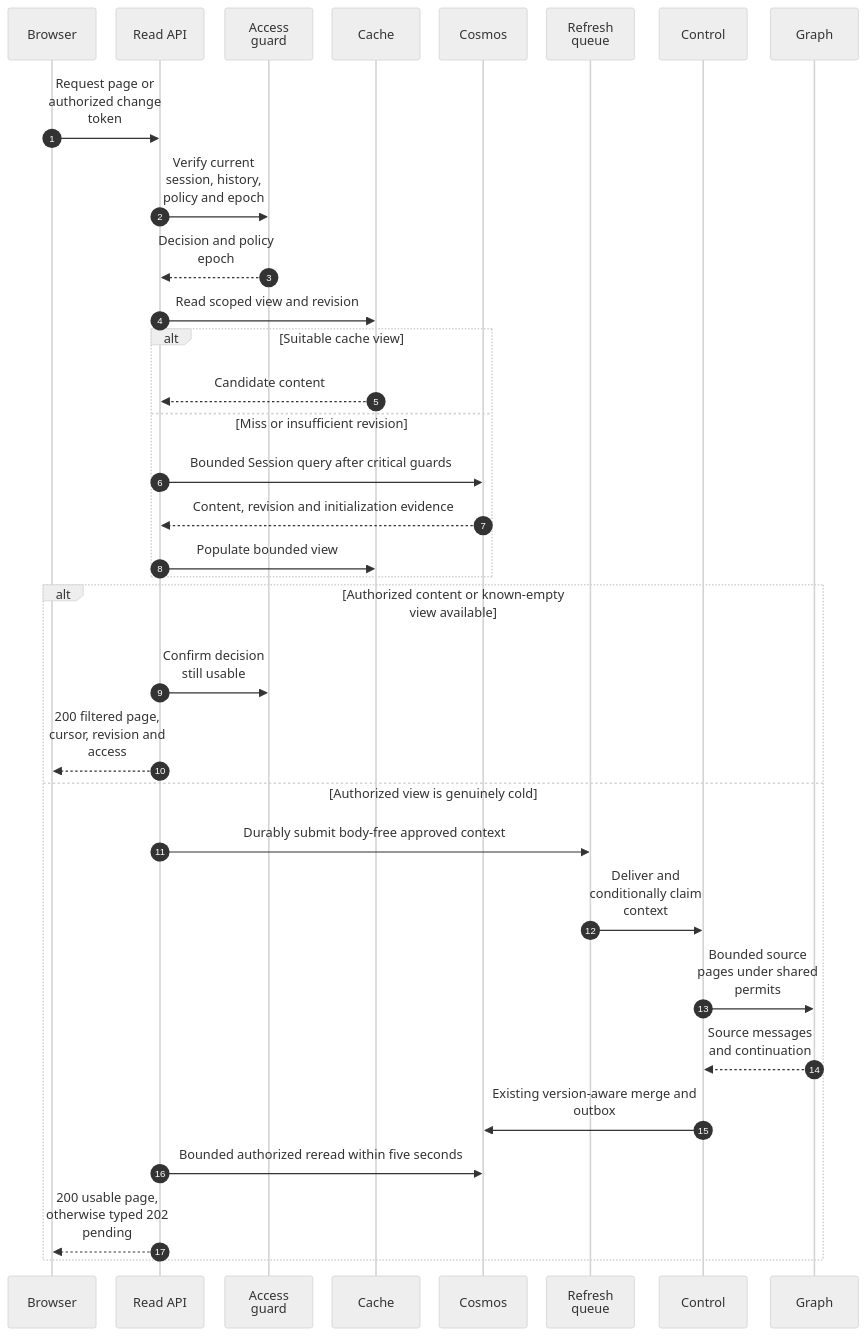
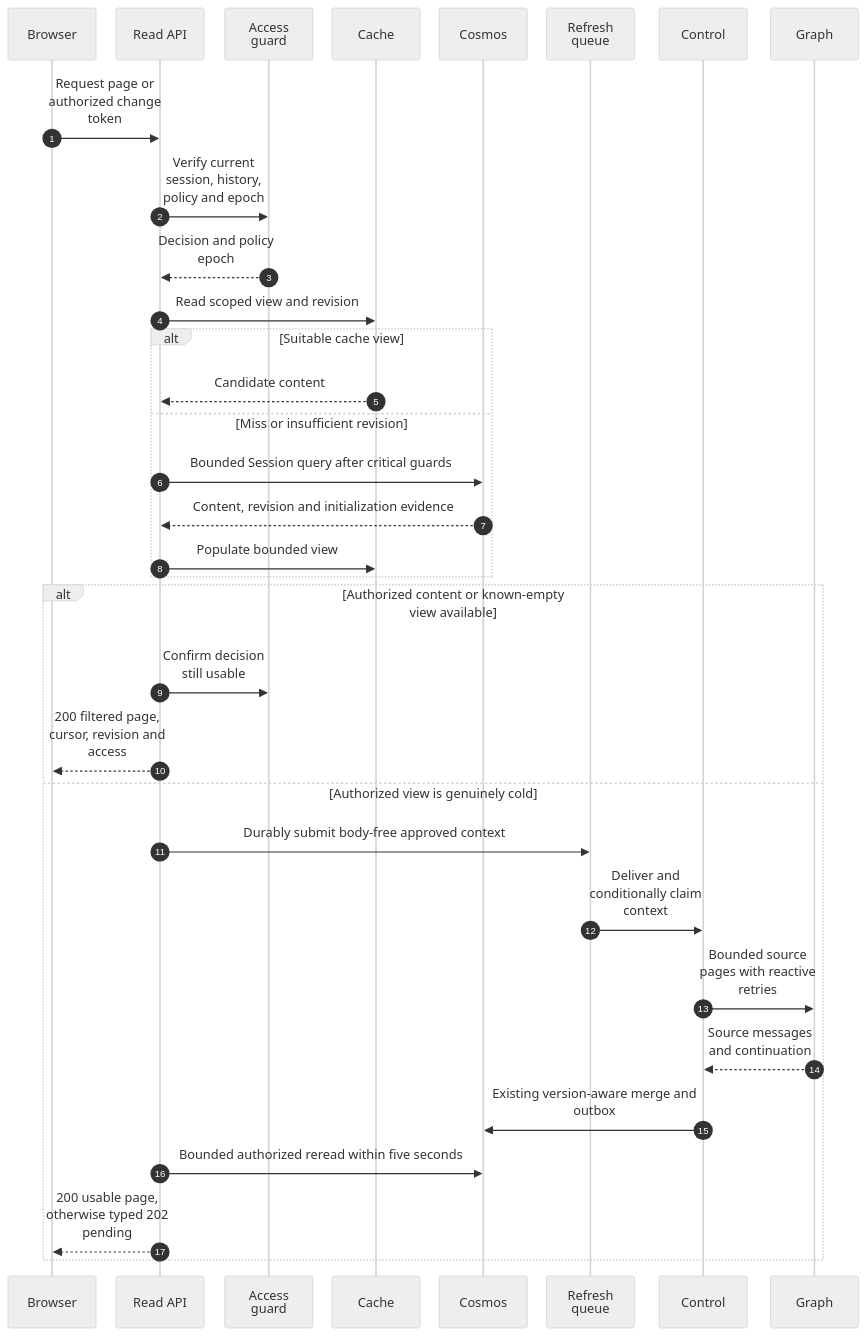
The seventh of 15 diagrams in docs/detailed-architecture.md (rmoreirao/ms-teams-custom-app), drawn with Mermaid (neutral theme) before and after one commit. The commit also changed other lines of this file and 41 other files, not shown here.

````diff
--- a/docs/detailed-architecture.md
+++ b/docs/detailed-architecture.md
@@ -595,43 +595,43 @@
 ```mermaid
 ---
 config:
   sequence:
     actorMargin: 24
     width: 110
     wrap: true
 ---
 sequenceDiagram
     autonumber
     participant B as Browser
     participant A as Read API
     participant P as Access guard
     participant C as Cache
     participant D as Cosmos
     participant Q as Refresh queue
     participant R as Control
     participant G as Graph
 
     B->>A: Request page or authorized change token
     A->>P: Verify current session, history, policy and epoch
     P-->>A: Decision and policy epoch
     A->>C: Read scoped view and revision
     alt Suitable cache view
         C-->>A: Candidate content
     else Miss or insufficient revision
         A->>D: Bounded Session query after critical guards
         D-->>A: Content, revision and initialization evidence
         A->>C: Populate bounded view
     end
     alt Authorized content or known-empty view available
         A->>P: Confirm decision still usable
         A-->>B: 200 filtered page, cursor, revision and access
     else Authorized view is genuinely cold
         A->>Q: Durably submit body-free approved context
         Q->>R: Deliver and conditionally claim context
-        R->>G: Bounded source pages under shared permits
+        R->>G: Bounded source pages with reactive retries
         G-->>R: Source messages and continuation
         R->>D: Existing version-aware merge and outbox
         A->>D: Bounded authorized reread within five seconds
         A-->>B: 200 usable page, otherwise typed 202 pending
     end
 ```
````
